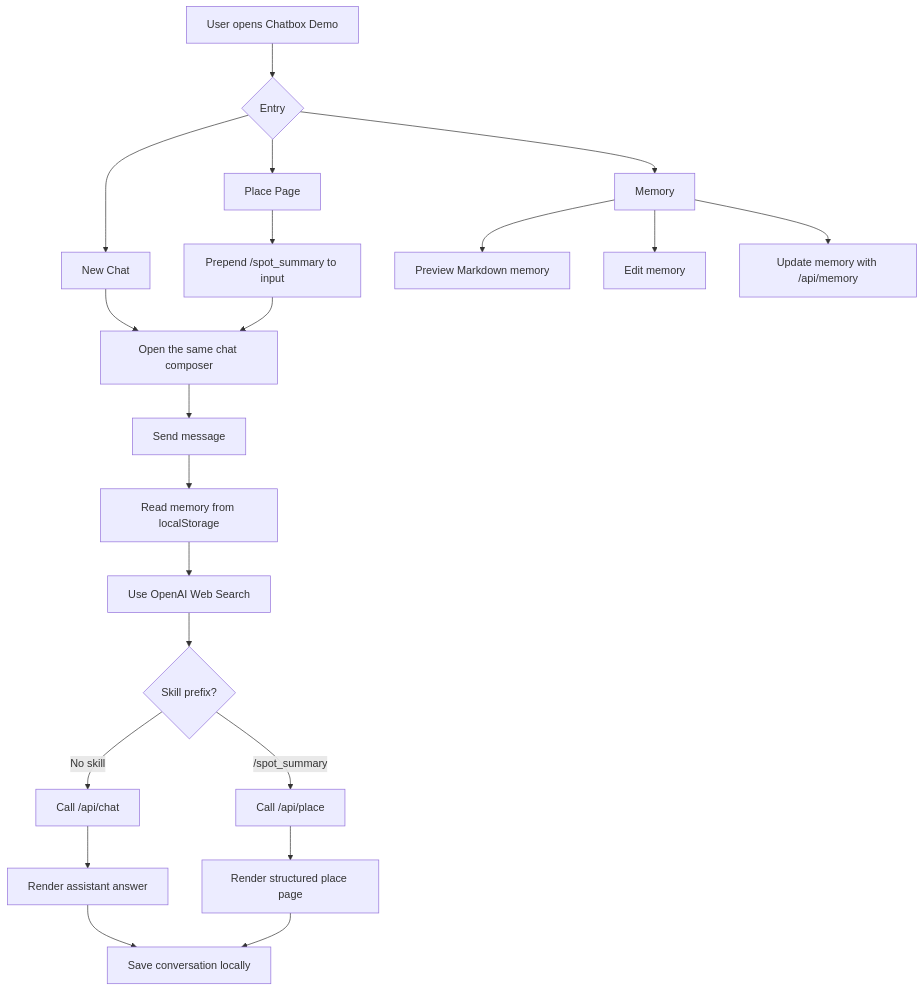
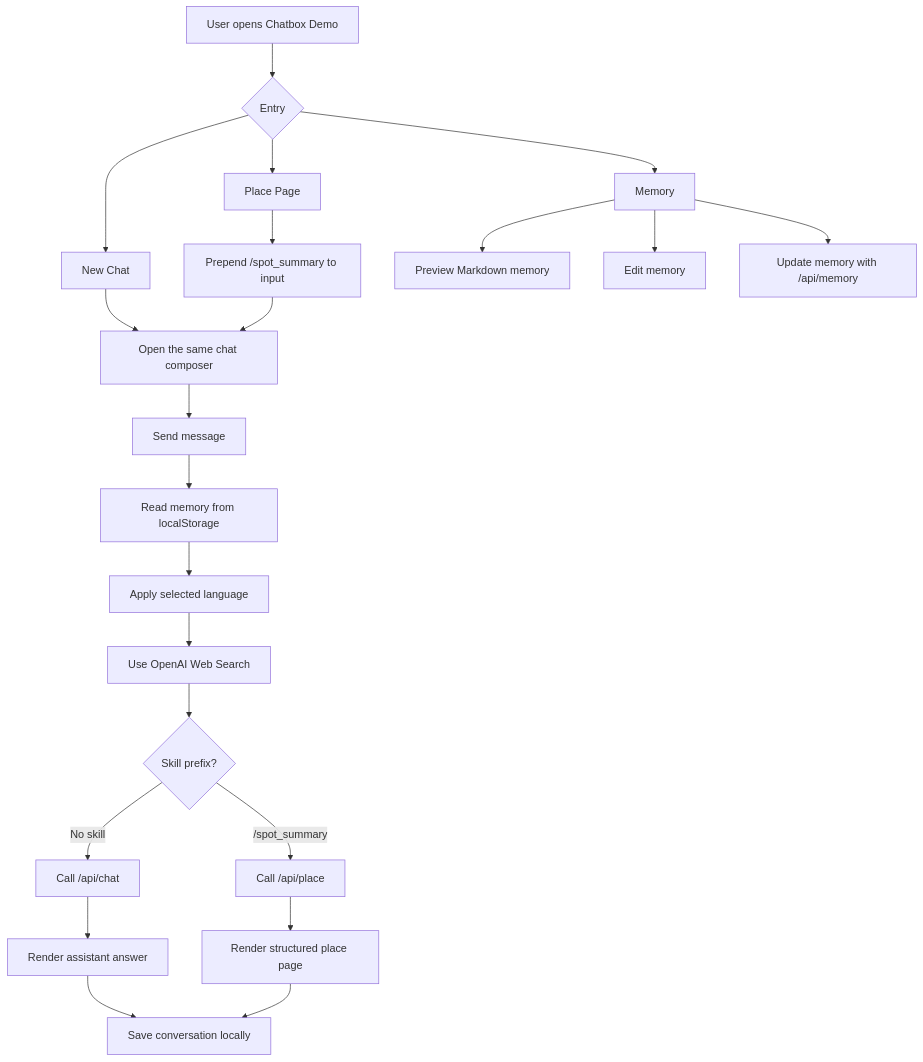
One commit to dragonwang71/chatbox-demo changed the first of 2 diagrams in README.md. Above: the diagram before and after it, drawn with Mermaid. The commit also changed other lines of this file and 8 other files, not shown here.

Commit message:
Use selected language for responses

````diff
--- a/README.md
+++ b/README.md
@@ -51,26 +51,27 @@
 ```mermaid
 flowchart TD
   A["User opens Chatbox Demo"] --> B{"Entry"}
   B --> C["New Chat"]
   B --> D["Place Page"]
   B --> E["Memory"]
 
   C --> F["Open the same chat composer"]
   D --> D1["Prepend /spot_summary to input"]
   D1 --> F
 
   F --> G["Send message"]
   G --> H["Read memory from localStorage"]
-  H --> I["Use OpenAI Web Search"]
+  H --> H1["Apply selected language"]
+  H1 --> I["Use OpenAI Web Search"]
   I --> J{"Skill prefix?"}
   J -->|No skill| K["Call /api/chat"]
   J -->|/spot_summary| L["Call /api/place"]
   K --> M["Render assistant answer"]
   L --> N["Render structured place page"]
   M --> O["Save conversation locally"]
   N --> O
 
   E --> E1["Preview Markdown memory"]
   E --> E2["Edit memory"]
   E --> E3["Update memory with /api/memory"]
 ```
````
